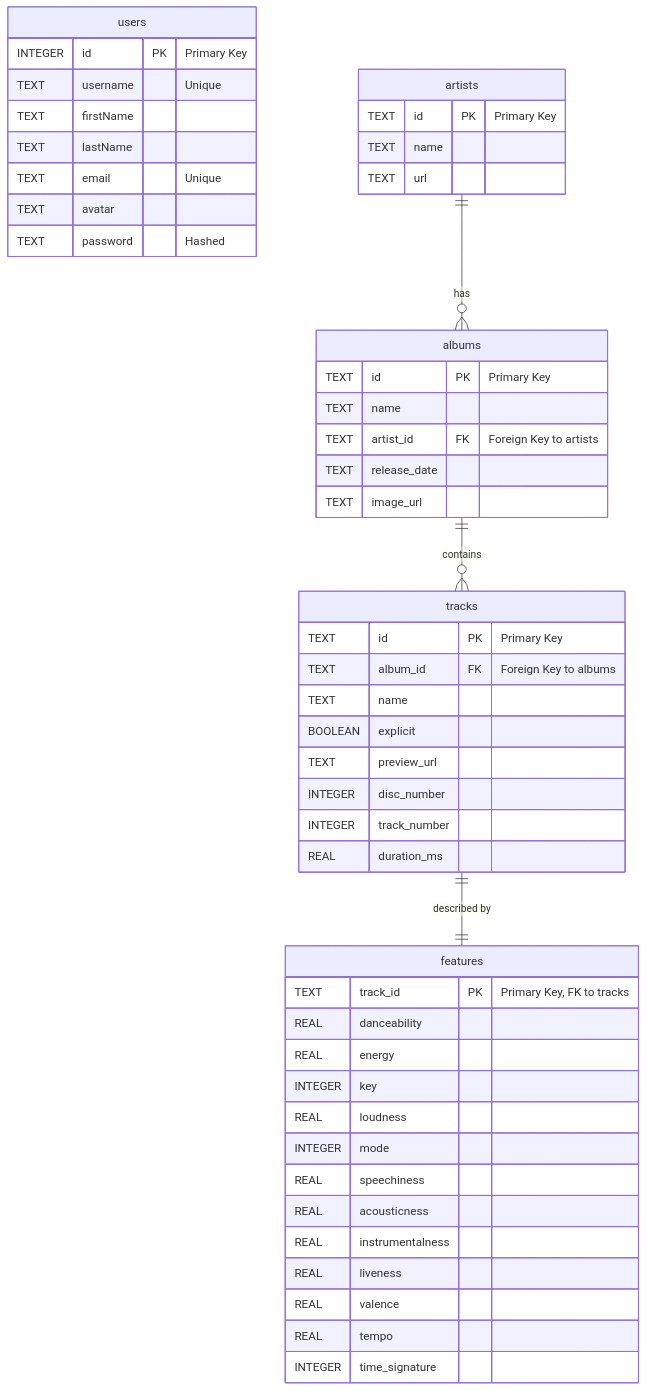
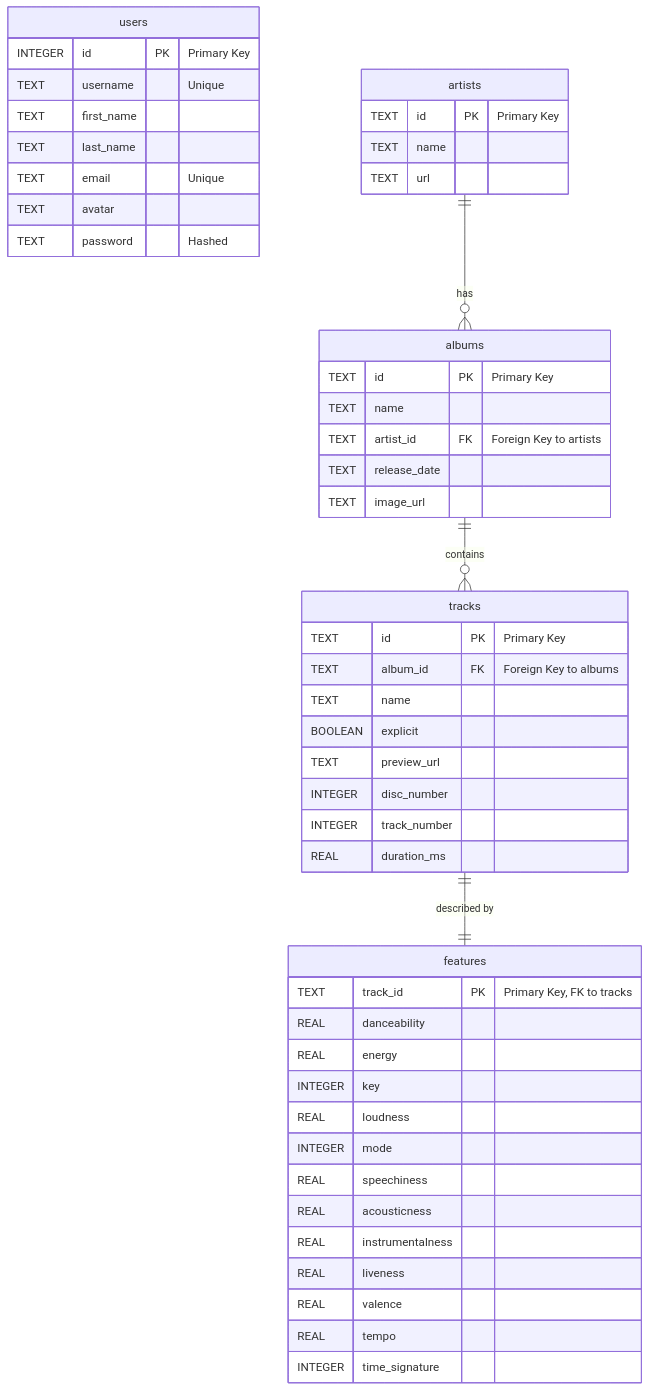
Before and after one commit to corndel-swe/topsify: the diagram in docs/CONTRIBUTING.md, drawn with Mermaid. The commit also changed 20 other files, not shown here.

````diff
--- a/docs/CONTRIBUTING.md
+++ b/docs/CONTRIBUTING.md
@@ -47,57 +47,57 @@
 ```mermaid
 erDiagram
     users {
         INTEGER id PK "Primary Key"
         TEXT username "Unique"
-        TEXT firstName
-        TEXT lastName
+        TEXT first_name
+        TEXT last_name
         TEXT email "Unique"
         TEXT avatar
         TEXT password "Hashed"
     }
 
     artists {
         TEXT id PK "Primary Key"
         TEXT name
         TEXT url
     }
 
     albums {
         TEXT id PK "Primary Key"
         TEXT name
         TEXT artist_id FK "Foreign Key to artists"
         TEXT release_date
         TEXT image_url
     }
 
     tracks {
         TEXT id PK "Primary Key"
         TEXT album_id FK "Foreign Key to albums"
         TEXT name
         BOOLEAN explicit
         TEXT preview_url
         INTEGER disc_number
         INTEGER track_number
         REAL duration_ms
     }
 
     features {
         TEXT track_id PK "Primary Key, FK to tracks"
         REAL danceability
         REAL energy
         INTEGER key
         REAL loudness
         INTEGER mode
         REAL speechiness
         REAL acousticness
         REAL instrumentalness
         REAL liveness
         REAL valence
         REAL tempo
         INTEGER time_signature
     }
 
     artists ||--o{ albums : "has"
     albums ||--o{ tracks : "contains"
     tracks ||--|| features : "described by"
 ```
````
